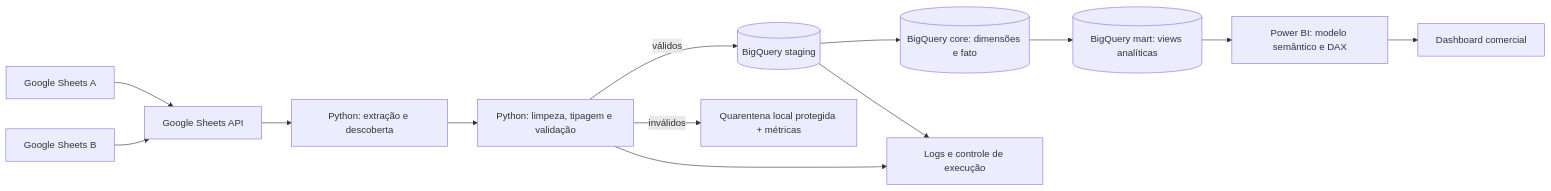
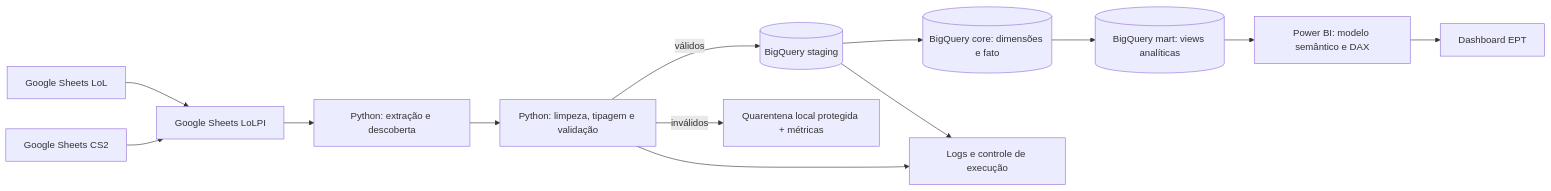
Before and after one commit to henriqueAvner/Retail-Analytics-Pipeline: the diagram in README.md, drawn with Mermaid. The commit also changed other lines of this file, not shown here.

````diff
--- a/README.md
+++ b/README.md
@@ -166,15 +199,15 @@
 ```mermaid
 flowchart LR
-    A[Google Sheets A] --> C[Google Sheets API]
-    B[Google Sheets B] --> C
+    A[Google Sheets LoL] --> C[Google Sheets LoLPI]
+    B[Google Sheets CS2] --> C
     C --> D[Python: extração e descoberta]
     D --> E[Python: limpeza, tipagem e validação]
     E -->|válidos| F[(BigQuery staging)]
     E -->|inválidos| Q[Quarentena local protegida + métricas]
     F --> G[(BigQuery core: dimensões e fato)]
     G --> H[(BigQuery mart: views analíticas)]
     H --> I[Power BI: modelo semântico e DAX]
-    I --> J[Dashboard comercial]
+    I --> J[Dashboard EPT]
     E --> K[Logs e controle de execução]
     F --> K
 ```
````
